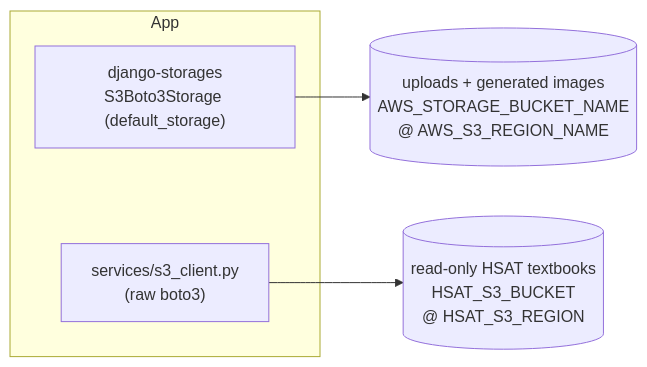
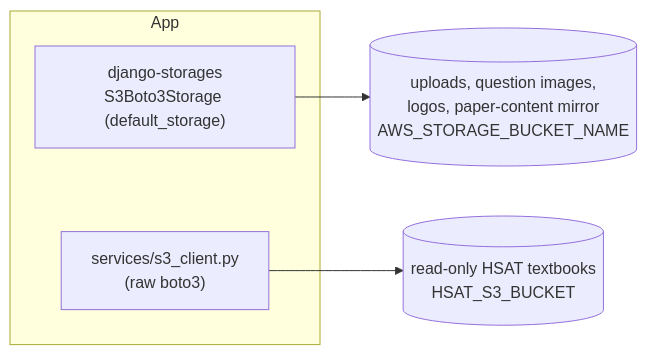
Diagram 14 of 16 in README.md (Paardhu22/qp-gen), drawn with Mermaid before and after one commit. The commit also changed other lines of this file, not shown here.

````diff
--- a/README.md
+++ b/README.md
@@ -972,11 +1336,11 @@
 ```mermaid
 flowchart LR
     subgraph App
         DS["django-storages<br/>S3Boto3Storage (default_storage)"]
         S3C["services/s3_client.py<br/>(raw boto3)"]
     end
-    UP[("uploads + generated images<br/>AWS_STORAGE_BUCKET_NAME<br/>@ AWS_S3_REGION_NAME")]
-    HS[("read-only HSAT textbooks<br/>HSAT_S3_BUCKET<br/>@ HSAT_S3_REGION")]
+    UP[("uploads, question images,<br/>logos, paper-content mirror<br/>AWS_STORAGE_BUCKET_NAME")]
+    HS[("read-only HSAT textbooks<br/>HSAT_S3_BUCKET")]
     DS --> UP
     S3C --> HS
 ```
````
